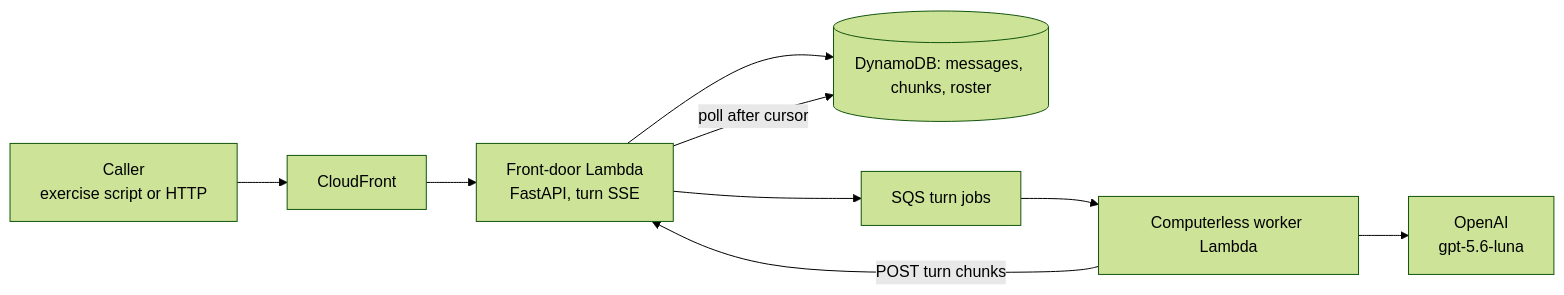
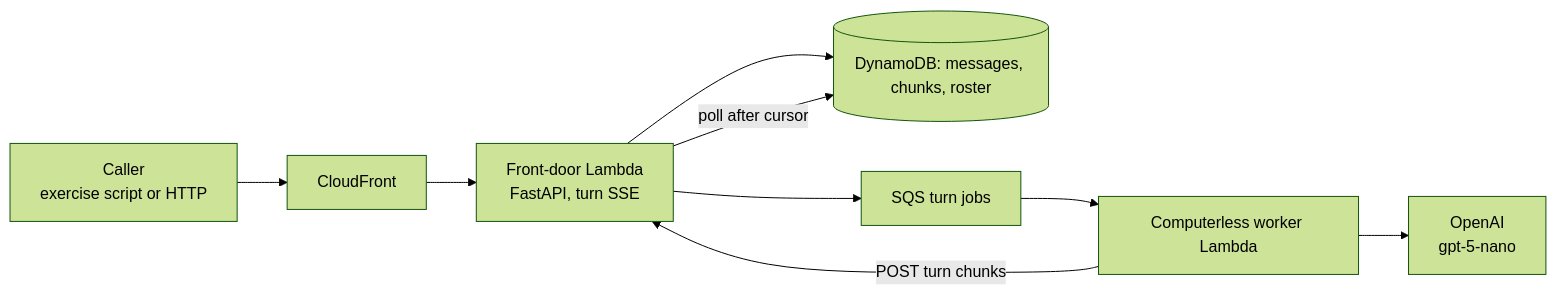
Before and after one commit to AnthusAI/Chatticus: the first of 3 diagrams in README.md, drawn with Mermaid (forest theme). The commit also changed 8 other files, not shown here.

First line of the commit message:
chore(worker): use gpt-5-nano for computerless turns

````diff
--- a/README.md
+++ b/README.md
@@ -258,18 +258,18 @@
 ```mermaid
 flowchart LR
   Caller["Caller<br/>exercise script or HTTP"]
   CF["CloudFront"]
   FD["Front-door Lambda<br/>FastAPI, turn SSE"]
   DDB[("DynamoDB: messages, chunks, roster")]
   SQS["SQS turn jobs"]
   W["Computerless worker Lambda"]
-  OA["OpenAI<br/>gpt-5.6-luna"]
+  OA["OpenAI<br/>gpt-5-nano"]
 
   Caller --> CF --> FD
   FD --> DDB
   FD --> SQS
   SQS --> W
   W --> OA
   W -->|"POST turn chunks"| FD
   FD -->|"poll after cursor"| DDB
 ```
````
